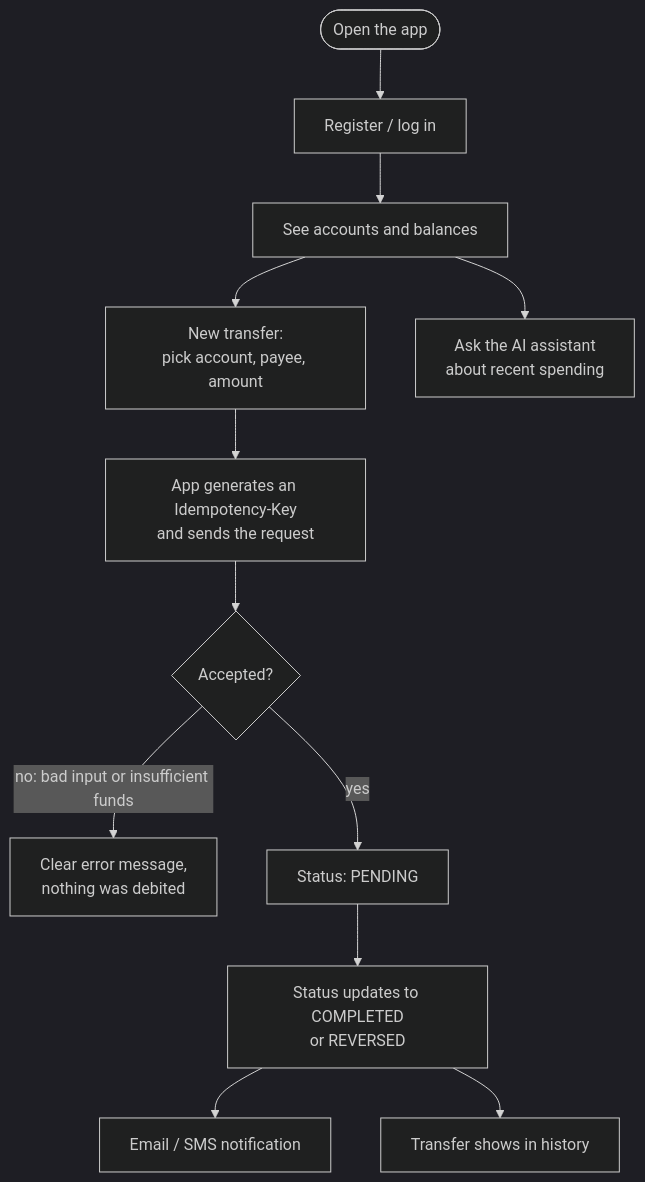
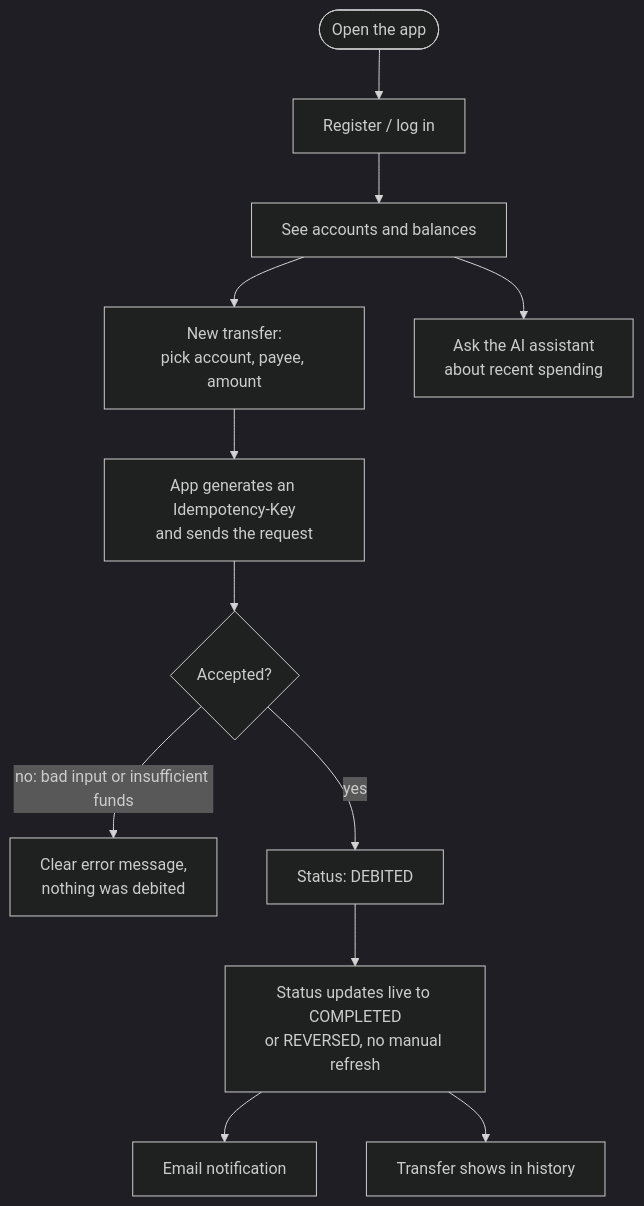
Before and after one commit to Nayeemshaik29/SentinelBank: the second of 8 diagrams in README.md, drawn with Mermaid (dark theme). The commit also changed other lines of this file and 58 other files, not shown here.

````diff
--- a/README.md
+++ b/README.md
@@ -125,14 +125,14 @@
 ```mermaid
 flowchart TD
     A([Open the app]) --> B["Register / log in"]
     B --> C["See accounts and balances"]
     C --> D["New transfer:<br/>pick account, payee, amount"]
     D --> E["App generates an Idempotency-Key<br/>and sends the request"]
     E --> F{"Accepted?"}
     F -- "no: bad input or insufficient funds" --> G["Clear error message,<br/>nothing was debited"]
-    F -- "yes" --> H["Status: PENDING"]
-    H --> I["Status updates to COMPLETED<br/>or REVERSED"]
-    I --> J["Email / SMS notification"]
+    F -- "yes" --> H["Status: DEBITED"]
+    H --> I["Status updates live to COMPLETED<br/>or REVERSED, no manual refresh"]
+    I --> J["Email notification"]
     I --> K["Transfer shows in history"]
     C --> L["Ask the AI assistant<br/>about recent spending"]
 ```
````
